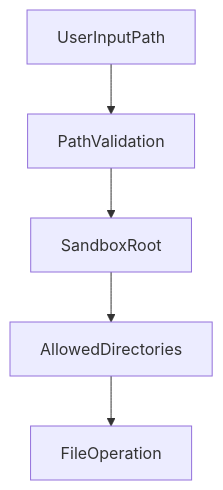
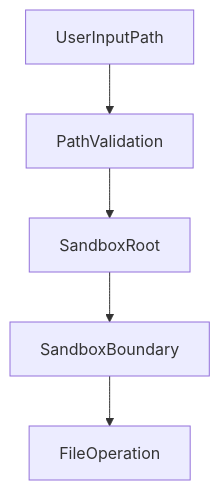
One commit to Libertocrat/seg changed the fourth of 5 diagrams in docs/ARCHITECTURE.md. Above: the diagram before and after it, drawn with Mermaid. The commit also changed other lines of this file and 23 other files, not shown here.

First line of the commit message:
refactor(fs): enforce SEG_ROOT_DIR sandbox with seg-init

````diff
--- a/docs/ARCHITECTURE.md
+++ b/docs/ARCHITECTURE.md
@@ -253,7 +249,7 @@
 ```mermaid
 flowchart TD
 UserInputPath --> PathValidation
 PathValidation --> SandboxRoot
-SandboxRoot --> AllowedDirectories
-AllowedDirectories --> FileOperation
+SandboxRoot --> SandboxBoundary
+SandboxBoundary --> FileOperation
 ```
````
